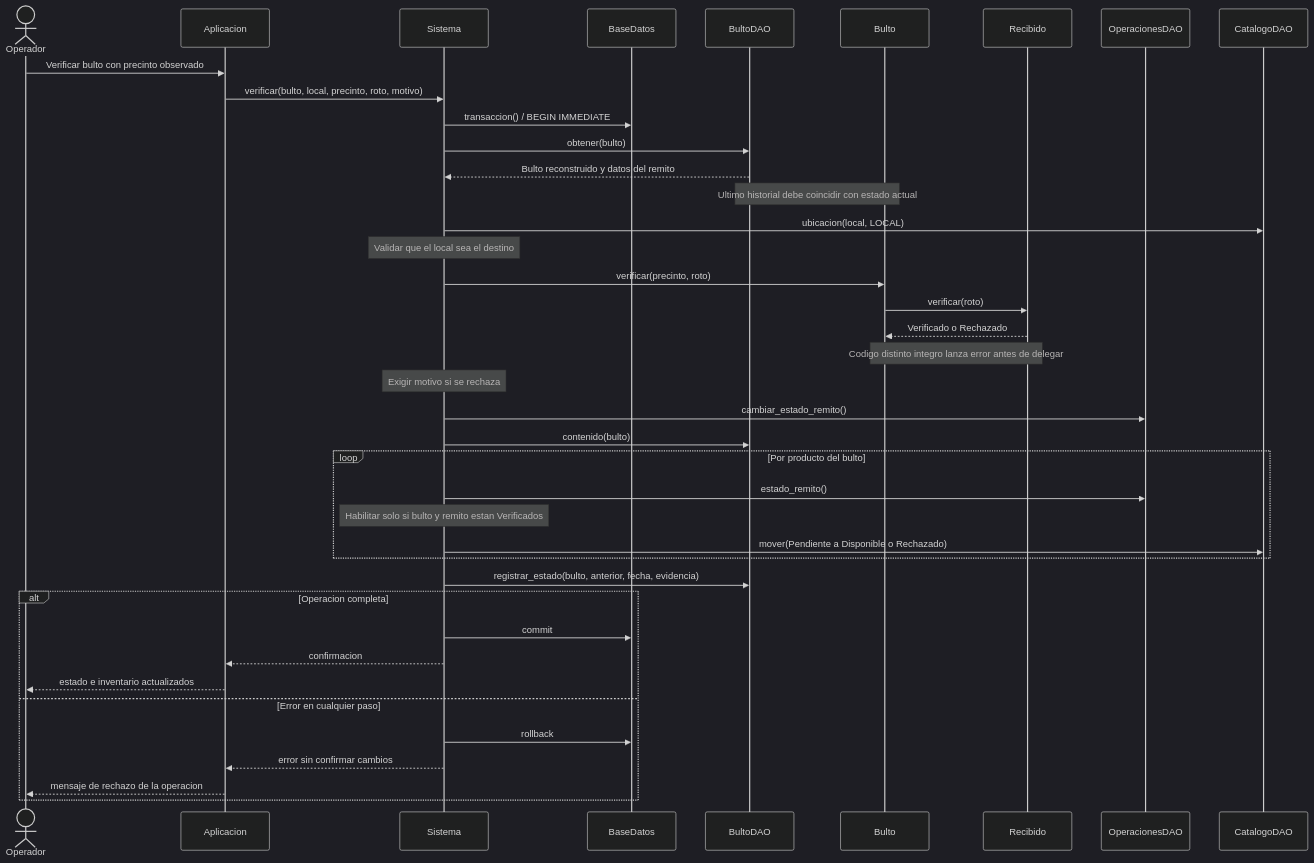
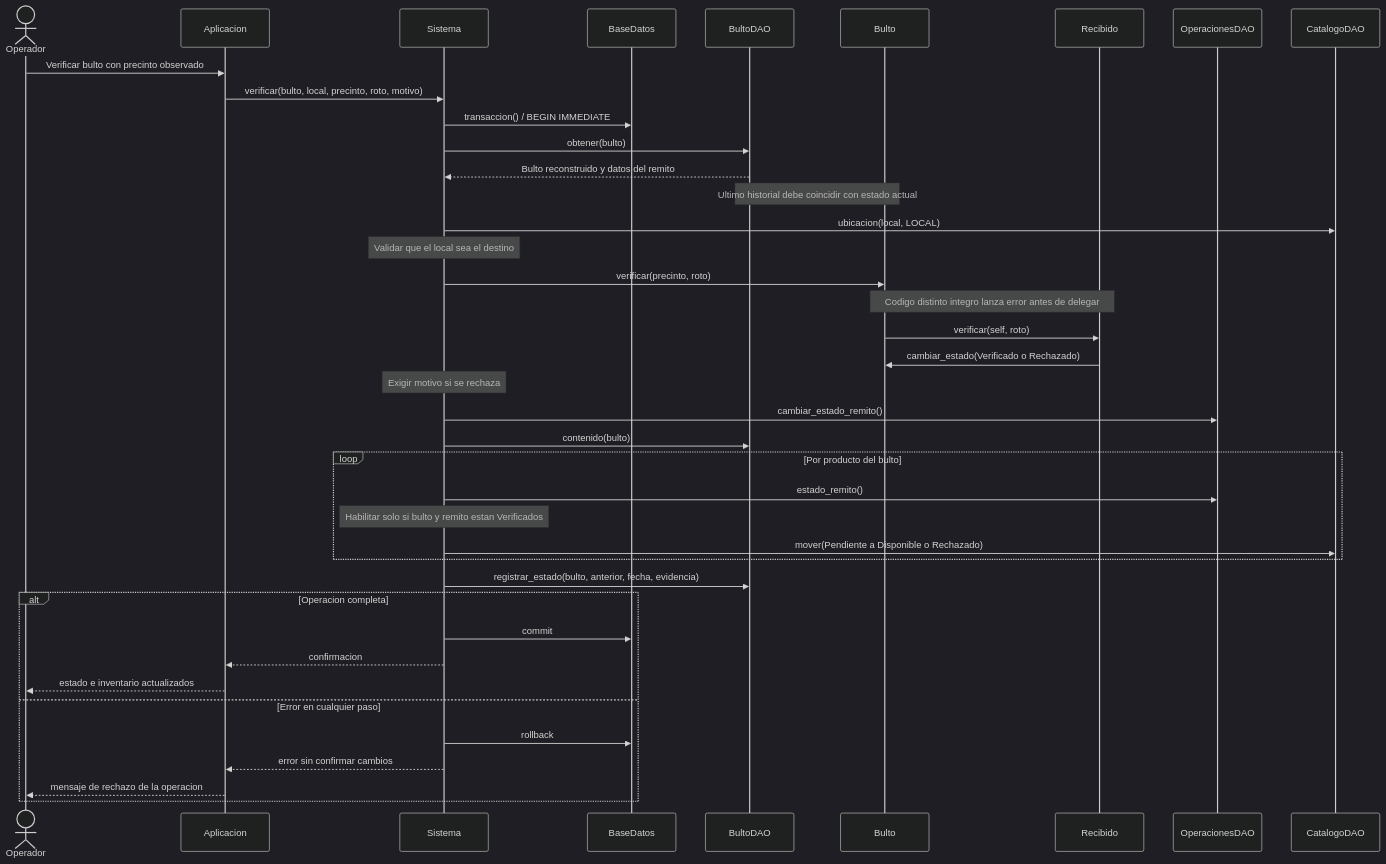
One commit to toledoantonio/G41_TPI_DAO_Sistema_Ventas_Inventario changed the diagram in docs/diagramas/secuencia_verificacion.mmd. Above: the diagram before and after it, drawn with Mermaid (dark theme). The commit also changed 25 other files, not shown here.

```diff
--- a/docs/diagramas/secuencia_verificacion.mmd
+++ b/docs/diagramas/secuencia_verificacion.mmd
@@ -1,40 +1,40 @@
 sequenceDiagram
     actor Operador
     participant UI as Aplicacion
     participant S as Sistema
     participant DB as BaseDatos
     participant BD as BultoDAO
     participant B as Bulto
     participant E as Recibido
     participant OD as OperacionesDAO
     participant CD as CatalogoDAO
     Operador->>UI: Verificar bulto con precinto observado
     UI->>S: verificar(bulto, local, precinto, roto, motivo)
     S->>DB: transaccion() / BEGIN IMMEDIATE
     S->>BD: obtener(bulto)
     BD-->>S: Bulto reconstruido y datos del remito
     Note over BD,B: Ultimo historial debe coincidir con estado actual
     S->>CD: ubicacion(local, LOCAL)
     Note over S: Validar que el local sea el destino
     S->>B: verificar(precinto, roto)
-    B->>E: verificar(roto)
-    E-->>B: Verificado o Rechazado
     Note over B,E: Codigo distinto integro lanza error antes de delegar
+    B->>E: verificar(self, roto)
+    E->>B: cambiar_estado(Verificado o Rechazado)
     Note over S: Exigir motivo si se rechaza
     S->>OD: cambiar_estado_remito()
     S->>BD: contenido(bulto)
     loop Por producto del bulto
         S->>OD: estado_remito()
         Note over S: Habilitar solo si bulto y remito estan Verificados
         S->>CD: mover(Pendiente a Disponible o Rechazado)
     end
     S->>BD: registrar_estado(bulto, anterior, fecha, evidencia)
     alt Operacion completa
         S->>DB: commit
         S-->>UI: confirmacion
         UI-->>Operador: estado e inventario actualizados
     else Error en cualquier paso
         S->>DB: rollback
         S-->>UI: error sin confirmar cambios
         UI-->>Operador: mensaje de rechazo de la operacion
     end
```
